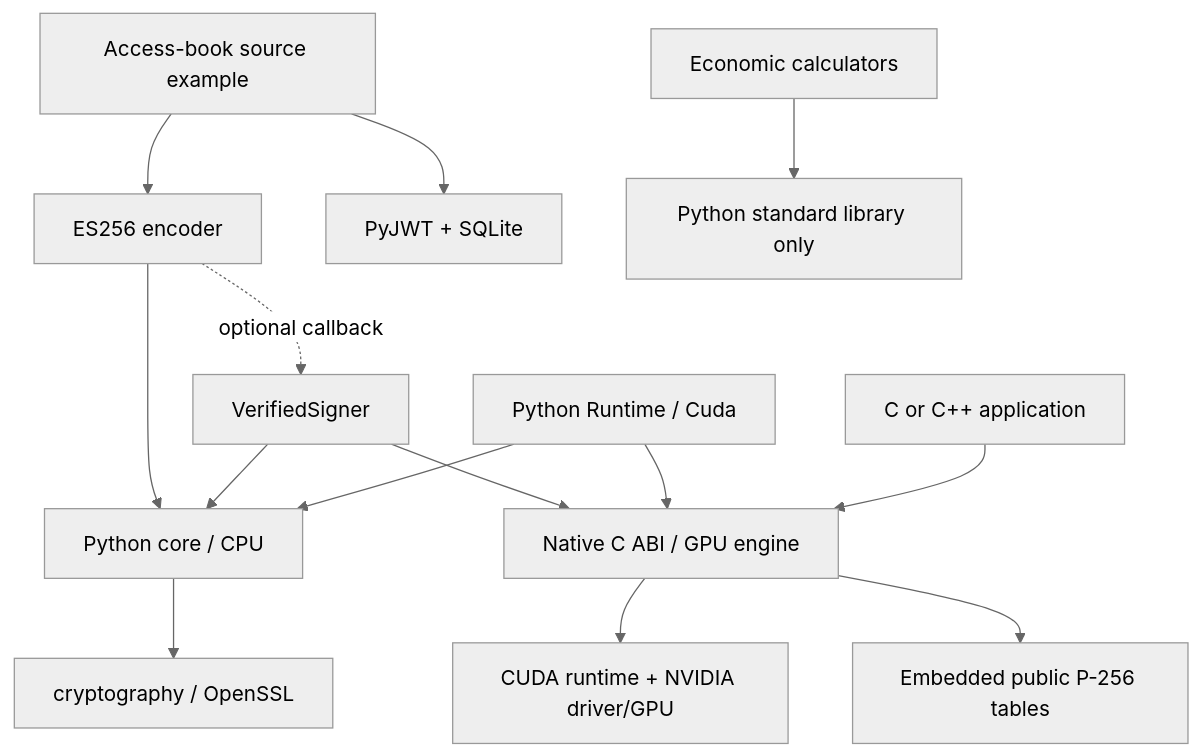
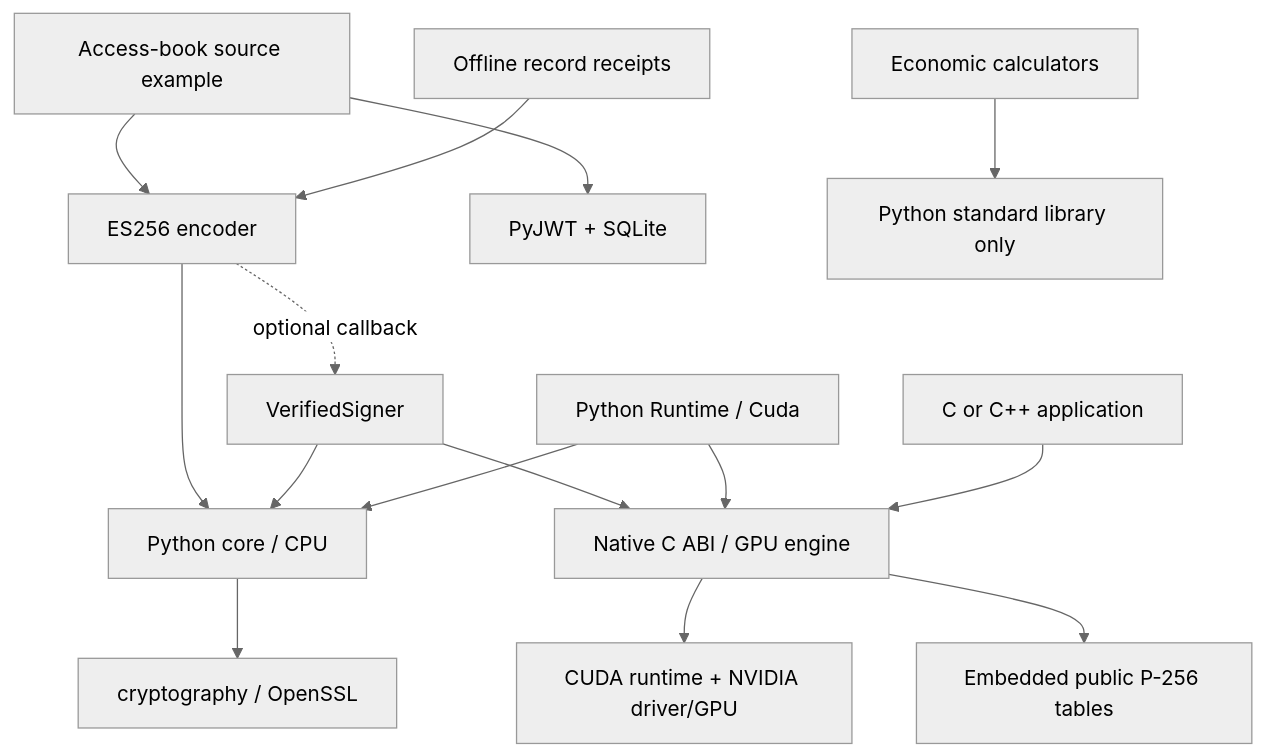
The diagram in docs/COMPONENTS.md (Topcat-d/gpu-batch-crypto), drawn with Mermaid (neutral theme) before and after one commit. The commit also changed other lines of this file and 13 other files, not shown here.

Commit message:
Add offline record receipts and predeclare CPU export comparison

````diff
--- a/docs/COMPONENTS.md
+++ b/docs/COMPONENTS.md
@@ -32,16 +33,17 @@
 ```mermaid
 flowchart TD
     APP["Access-book source example"] --> JWS["ES256 encoder"]
     APP --> JWT["PyJWT + SQLite"]
+    RECEIPT["Offline record receipts"] --> JWS
     JWS --> CORE["Python core / CPU"]
     JWS -. "optional callback" .-> GUARD["VerifiedSigner"]
     GUARD --> CORE
     CORE --> CRYPTO["cryptography / OpenSSL"]
     GUARD --> SDK["Native C ABI / GPU engine"]
     RUNTIME["Python Runtime / Cuda"] --> CORE
     RUNTIME --> SDK
     C["C or C++ application"] --> SDK
     SDK --> CUDA["CUDA runtime + NVIDIA driver/GPU"]
     SDK --> TABLES["Embedded public P-256 tables"]
     CALC["Economic calculators"] --> STD["Python standard library only"]
 ```
````
